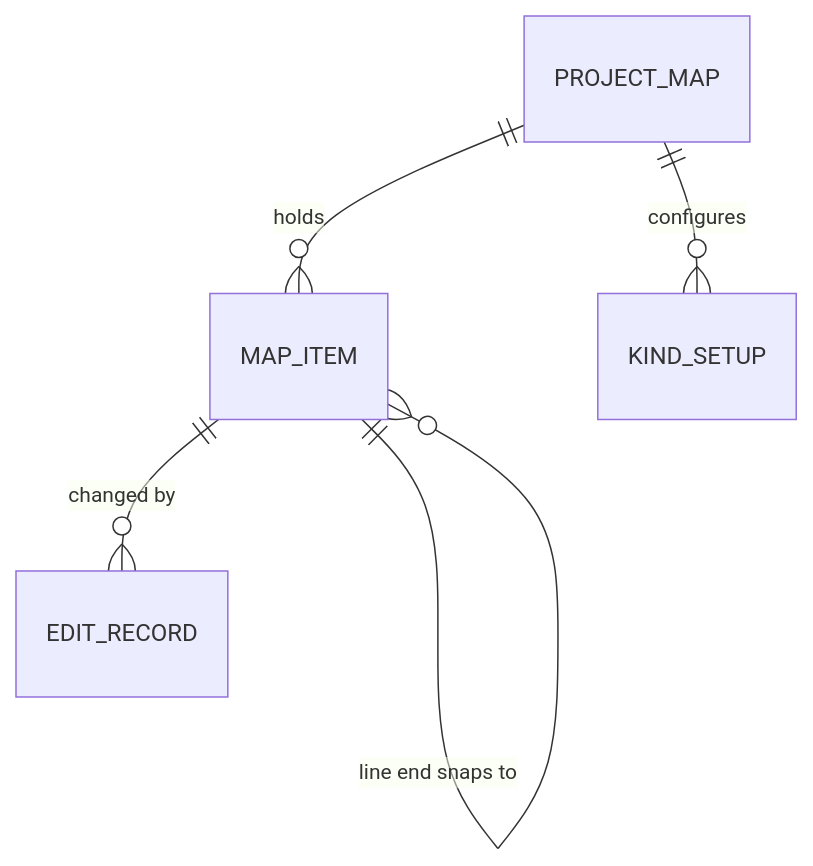
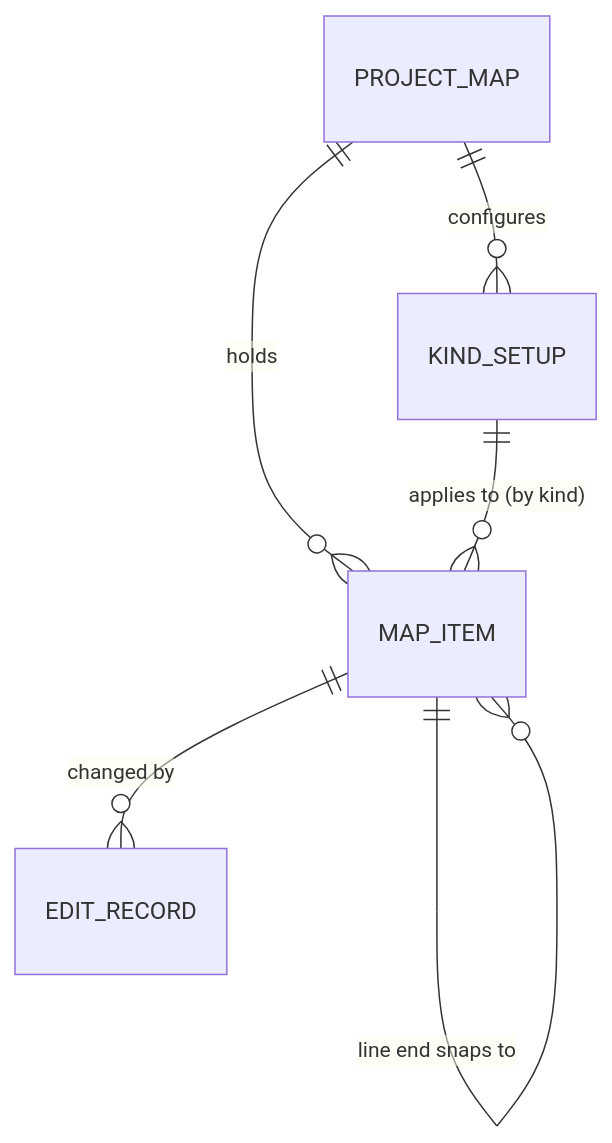
One commit to aott33/perspective-map-studio changed the third of 3 diagrams in docs/architecture.md. Above: the diagram before and after it, drawn with Mermaid. The commit also changed other lines of this file and 4 other files, not shown here.

First line of the commit message:
Finalize the Map Studio architecture spine and adopt it in the initiative

````diff
--- a/docs/architecture.md
+++ b/docs/architecture.md
@@ -80,7 +80,8 @@
 ```mermaid
 erDiagram
   PROJECT_MAP ||--o{ MAP_ITEM : holds
   PROJECT_MAP ||--o{ KIND_SETUP : configures
   MAP_ITEM ||--o{ EDIT_RECORD : "changed by"
+  KIND_SETUP ||--o{ MAP_ITEM : "applies to (by kind)"
   MAP_ITEM ||--o{ MAP_ITEM : "line end snaps to"
 ```
````
